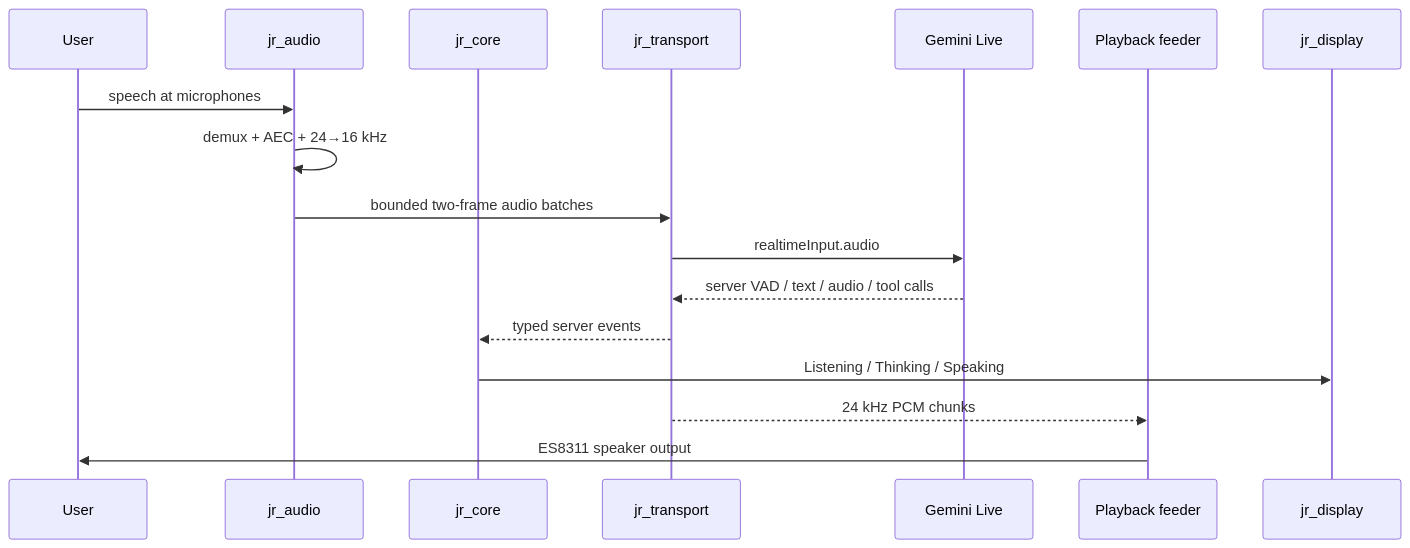
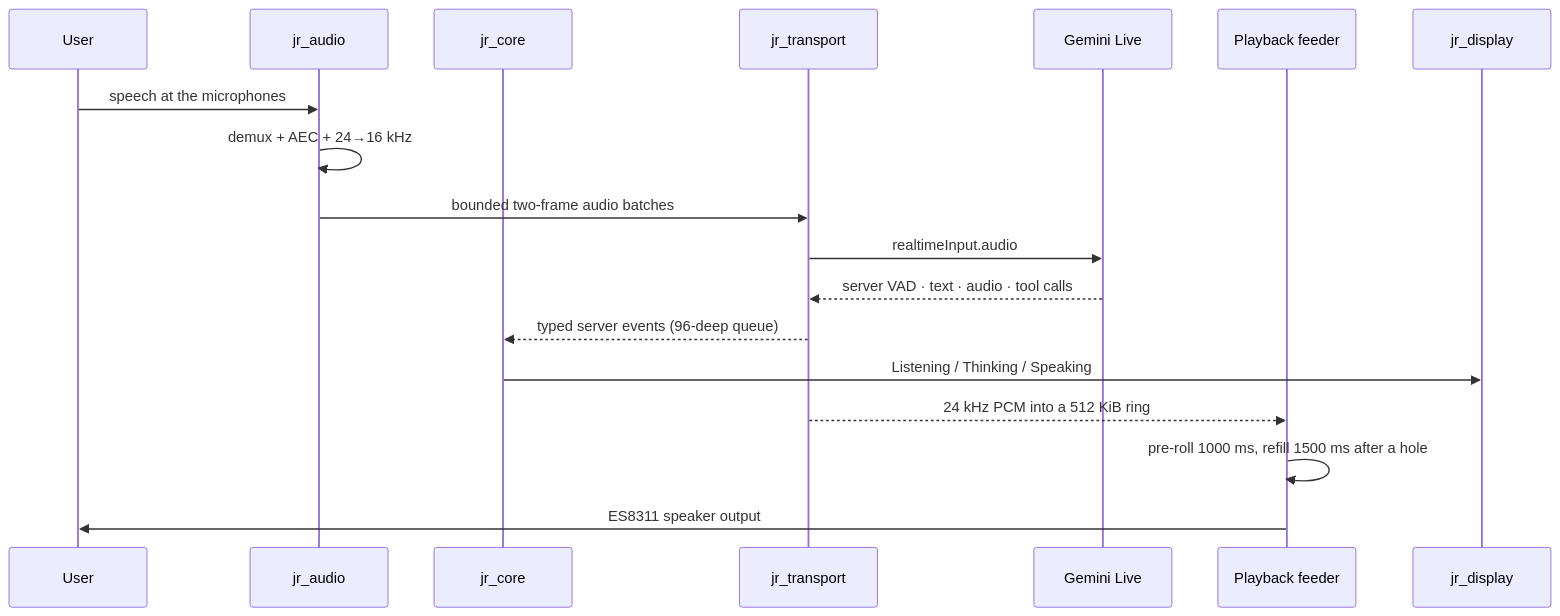
The second of 5 diagrams in docs/ARCHITECTURE.md (PascalAI2024/JarvisNano), drawn with Mermaid before and after one commit. The commit also changed other lines of this file and 17 other files, not shown here.

````diff
--- a/docs/ARCHITECTURE.md
+++ b/docs/ARCHITECTURE.md
@@ -84,20 +91,21 @@
 ```mermaid
 sequenceDiagram
     participant U as User
     participant A as jr_audio
     participant C as jr_core
     participant T as jr_transport
     participant G as Gemini Live
     participant P as Playback feeder
     participant D as jr_display
 
-    U->>A: speech at microphones
+    U->>A: speech at the microphones
     A->>A: demux + AEC + 24→16 kHz
     A->>T: bounded two-frame audio batches
     T->>G: realtimeInput.audio
-    G-->>T: server VAD / text / audio / tool calls
-    T-->>C: typed server events
+    G-->>T: server VAD · text · audio · tool calls
+    T-->>C: typed server events (96-deep queue)
     C->>D: Listening / Thinking / Speaking
-    T-->>P: 24 kHz PCM chunks
+    T-->>P: 24 kHz PCM into a 512 KiB ring
+    P->>P: pre-roll 1000 ms, refill 1500 ms after a hole
     P->>U: ES8311 speaker output
 ```
````
